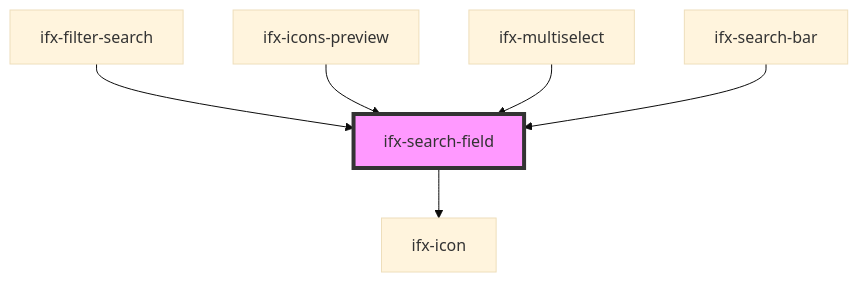
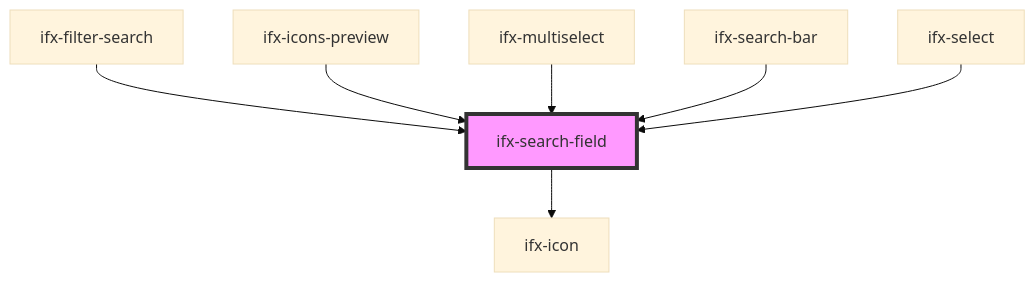
The diagram in packages/components/src/components/search-field/readme.md (Infineon/infineon-design-system-stencil), drawn with Mermaid (base theme) before and after one commit. The commit also changed other lines of this file and 39 other files, not shown here.

````diff
--- a/packages/components/src/components/search-field/readme.md
+++ b/packages/components/src/components/search-field/readme.md
@@ -75,9 +76,10 @@
 ```mermaid
 graph TD;
   ifx-search-field --> ifx-icon
   ifx-filter-search --> ifx-search-field
   ifx-icons-preview --> ifx-search-field
   ifx-multiselect --> ifx-search-field
   ifx-search-bar --> ifx-search-field
+  ifx-select --> ifx-search-field
   style ifx-search-field fill:#f9f,stroke:#333,stroke-width:4px
 ```
````
